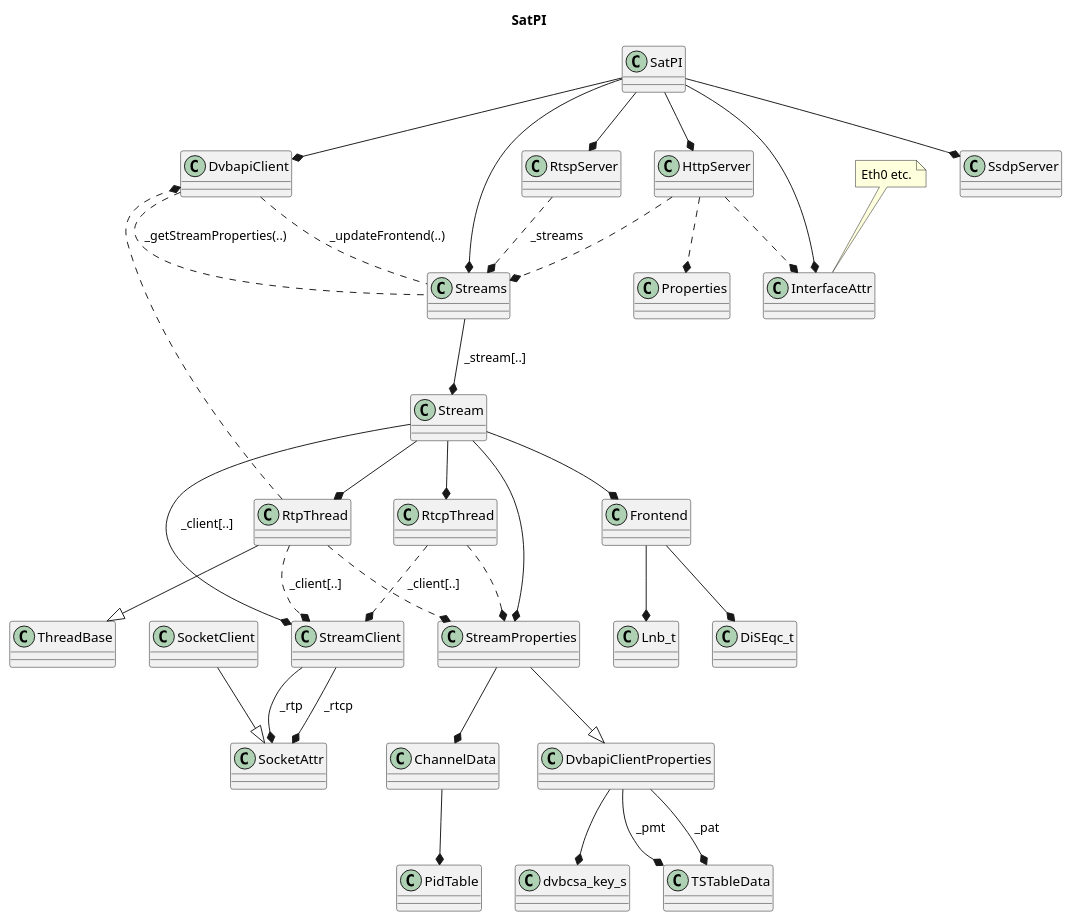
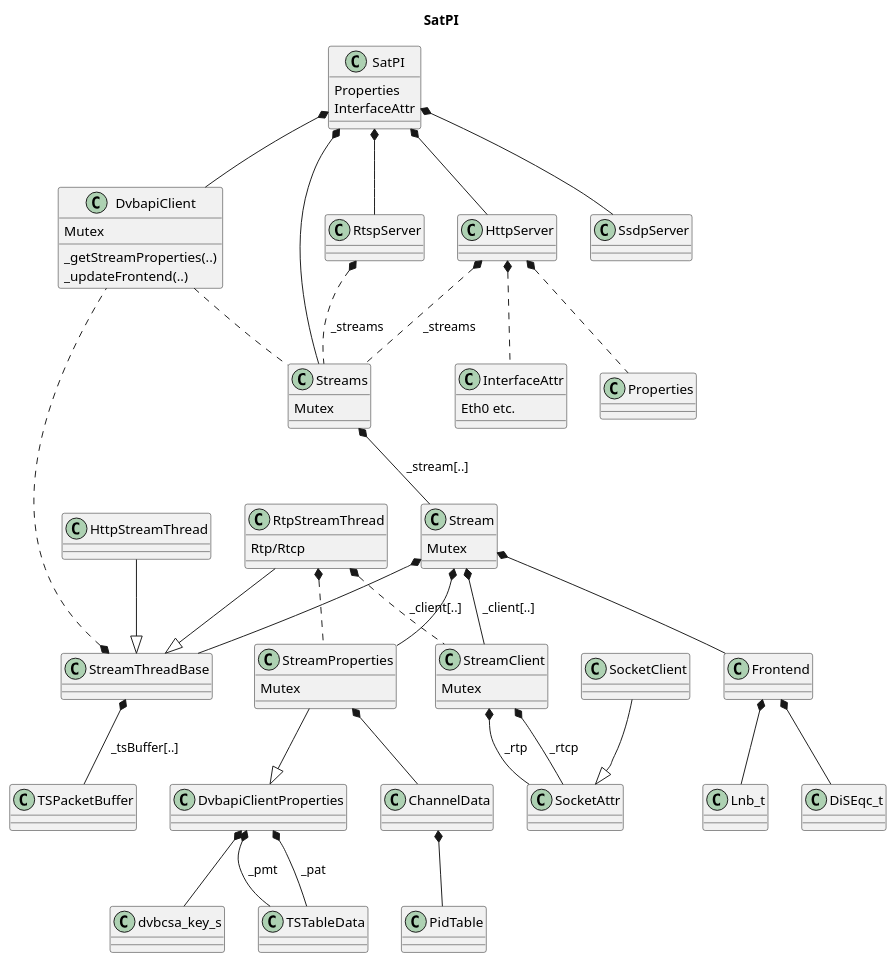
Before and after one commit to Barracuda09/SATPI: the diagram in SatPI.plantuml, drawn with PlantUML. The commit also changed 36 other files, not shown here.

```diff
--- a/SatPI.plantuml
+++ b/SatPI.plantuml
@@ -1,58 +1,89 @@
 @startuml
 
 hide footbox
 
 title SatPI
 
-SatPI --* DvbapiClient
-SatPI --* Streams
-SatPI --* RtspServer
-SatPI --* HttpServer
-SatPI --* SsdpServer
-SatPI --* InterfaceAttr
+SatPI *-- DvbapiClient
+SatPI *-- Streams
+SatPI *-- RtspServer
+SatPI *-- HttpServer
+SatPI *-- SsdpServer
 
-note top of InterfaceAttr : Eth0 etc.
+class SatPI {
+  Properties
+  InterfaceAttr
+}
 
-Stream --* StreamClient : " _client[..] "
-Stream --* StreamProperties
-Stream --* Frontend
-Stream --* RtpThread
-Stream --* RtcpThread
+class InterfaceAttr {
+  Eth0 etc.
+}
 
-Streams --* Stream : " _stream[..] "
+RtspServer *.. Streams : " _streams "
 
-StreamClient --* SocketAttr : " _rtp "
-StreamClient --* SocketAttr : " _rtcp "
+HttpServer *.. Streams : " _streams "
+HttpServer *.. Properties
+HttpServer *.. InterfaceAttr
+
+Stream *-- StreamClient : " _client[..] "
+Stream *-- StreamProperties
+Stream *-- Frontend
+Stream *-- StreamThreadBase
+
+Streams *-- Stream : " _stream[..] "
+
+StreamClient *-- SocketAttr : " _rtp "
+StreamClient *-- SocketAttr : " _rtcp "
+
+StreamThreadBase *.. DvbapiClient
+StreamThreadBase *-- TSPacketBuffer : " _tsBuffer[..] "
+
+RtpStreamThread --|> StreamThreadBase
+RtpStreamThread *.. StreamProperties
+RtpStreamThread *.. StreamClient : " _client[..] "
+
+HttpStreamThread --|> StreamThreadBase
 
 SocketClient --|> SocketAttr
 
-DvbapiClientProperties --* dvbcsa_key_s
-DvbapiClientProperties --* TSTableData : " _pat "
-DvbapiClientProperties --* TSTableData : " _pmt "
+DvbapiClientProperties *-- dvbcsa_key_s
+DvbapiClientProperties *-- TSTableData : " _pat "
+DvbapiClientProperties *-- TSTableData : " _pmt "
 
-StreamProperties --* ChannelData
+StreamProperties *-- ChannelData
 StreamProperties --|> DvbapiClientProperties
 
-DvbapiClient  .  Streams : " _getStreamProperties(..)"
-DvbapiClient  .  Streams : " _updateFrontend(..)"
+DvbapiClient  .  Streams
 
-Frontend --* Lnb_t
-Frontend --* DiSEqc_t
+Frontend *-- Lnb_t
+Frontend *-- DiSEqc_t
 
-ChannelData --* PidTable
+ChannelData *-- PidTable
 
-RtpThread --|> ThreadBase
-RtpThread ..* StreamProperties
-RtpThread ..* StreamClient : " _client[..] "
-RtpThread ..* DvbapiClient
+class Stream {
+  Mutex
+}
 
-RtspServer ..* Streams : " _streams "
+class Streams {
+  Mutex
+}
 
-RtcpThread ..* StreamProperties
-RtcpThread ..* StreamClient : " _client[..] "
+class StreamProperties {
+  Mutex
+}
 
-HttpServer ..* Streams
-HttpServer ..* Properties
-HttpServer ..* InterfaceAttr
+class StreamClient {
+  Mutex
+}
+
+class DvbapiClient {
+  Mutex
+  _getStreamProperties(..)
+  _updateFrontend(..)
+}
+
+class RtpStreamThread {
+  Rtp/Rtcp
+}
 
 @enduml
```
